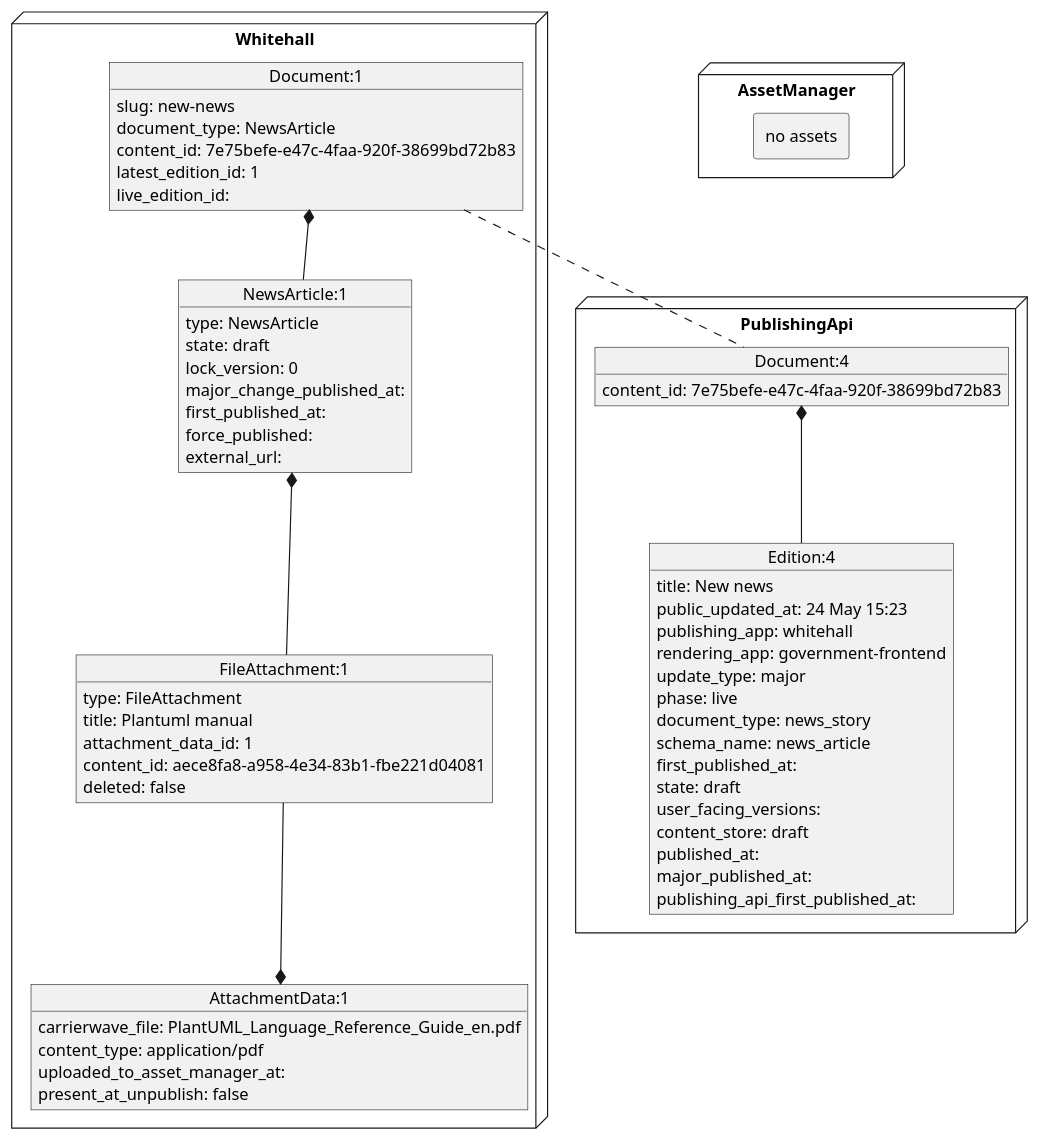
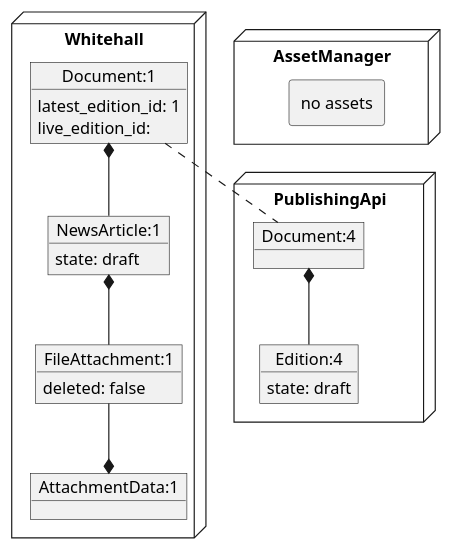
The diagram in docs/diagrams/asset_management/asset_scenarios/new_document_with_attachments/2_uploading_file.puml (alphagov/whitehall), drawn with PlantUML before and after one commit. The commit also changed 32 other files, not shown here.

First line of the commit message:
Added markdown and plantuml docs for asset state change scenarios

```diff
--- a/docs/diagrams/asset_management/asset_scenarios/new_document_with_attachments/2_uploading_file.puml
+++ b/docs/diagrams/asset_management/asset_scenarios/new_document_with_attachments/2_uploading_file.puml
@@ -1,67 +1,35 @@
 @startuml
 node Whitehall {
 object "Document:1" as Document_1 {
-  slug: new-news
-  document_type: NewsArticle
-  content_id: 7e75befe-e47c-4faa-920f-38699bd72b83
   latest_edition_id: 1
   live_edition_id:
 }
 together {
 object "NewsArticle:1" as NewsArticle_1 {
-  type: NewsArticle
   state: draft
-  lock_version: 0
-  major_change_published_at:
-  first_published_at:
-  force_published:
-  external_url:
 }
 Document_1 *-- NewsArticle_1
 object "FileAttachment:1" as FileAttachment_1 {
-  type: FileAttachment
-  title: Plantuml manual
-  attachment_data_id: 1
-  content_id: aece8fa8-a958-4e34-83b1-fbe221d04081
   deleted: false
 }
 NewsArticle_1 *-- FileAttachment_1
 }
 object "AttachmentData:1" as AttachmentData_1 {
-  carrierwave_file: PlantUML_Language_Reference_Guide_en.pdf
-  content_type: application/pdf
-  uploaded_to_asset_manager_at:
-  present_at_unpublish: false
 }
 AttachmentData_1 *-u- FileAttachment_1
 }
 node PublishingApi {
 object "Document:4" as pubapi_Document_4 {
-  content_id: 7e75befe-e47c-4faa-920f-38699bd72b83
 }
 object "Edition:4" as pubapi_Edition_4 {
-  title: New news
-  public_updated_at: 24 May 15:23
-  publishing_app: whitehall
-  rendering_app: government-frontend
-  update_type: major
-  phase: live
-  document_type: news_story
-  schema_name: news_article
-  first_published_at:
   state: draft
-  user_facing_versions:
-  content_store: draft
-  published_at:
-  major_published_at:
-  publishing_api_first_published_at:
 }
 pubapi_Document_4 *-- pubapi_Edition_4
 }
 node AssetManager {
 rectangle "no assets" {
 }
 }
 Document_1 .. pubapi_Document_4
 
 @enduml
```
